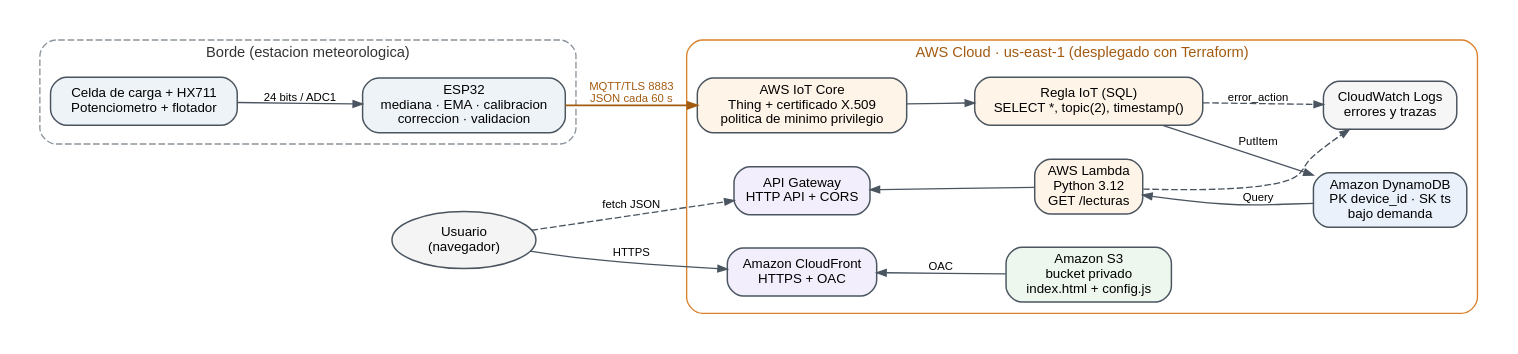
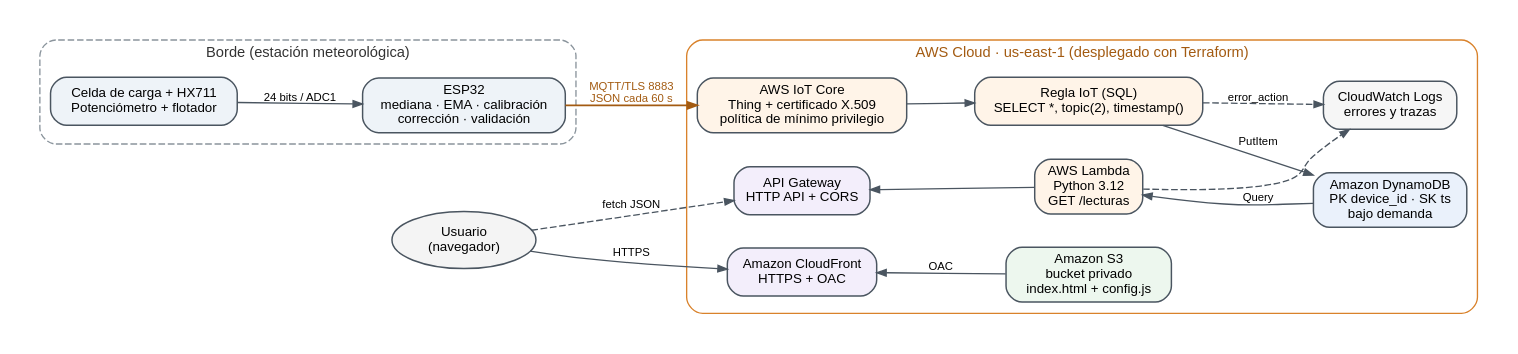
The diagram in docs/arquitectura.dot (jseb-cruz/pluviometro-iot), drawn with Graphviz before and after one commit. The commit also changed 5 other files, not shown here.

```diff
--- a/docs/arquitectura.dot
+++ b/docs/arquitectura.dot
@@ -1,41 +1,41 @@
 // Diagrama de arquitectura: dot -Tpng -Gdpi=200 arquitectura.dot -o arquitectura.png
 digraph arquitectura {
   rankdir=LR;
   graph [fontname="Helvetica", fontsize=11, nodesep=0.35, ranksep=0.45, pad=0.2, compound=true];
   node  [fontname="Helvetica", fontsize=10, shape=box, style="rounded,filled", fillcolor="#ffffff", color="#4a5560", penwidth=1.1];
   edge  [fontname="Helvetica", fontsize=8.5, color="#4a5560", arrowsize=0.7];
 
   subgraph cluster_borde {
-    label="Borde (estacion meteorologica)"; style="rounded,dashed"; color="#8a949c"; fontcolor="#333333";
-    sensores [label="Celda de carga + HX711\nPotenciometro + flotador", fillcolor="#eef3f8"];
-    esp32    [label="ESP32\nmediana · EMA · calibracion\ncorreccion · validacion", fillcolor="#eef3f8"];
+    label="Borde (estación meteorológica)"; style="rounded,dashed"; color="#8a949c"; fontcolor="#333333";
+    sensores [label="Celda de carga + HX711\nPotenciómetro + flotador", fillcolor="#eef3f8"];
+    esp32    [label="ESP32\nmediana · EMA · calibración\ncorrección · validación", fillcolor="#eef3f8"];
     sensores -> esp32 [label="24 bits / ADC1"];
   }
 
   subgraph cluster_aws {
     label="AWS Cloud · us-east-1 (desplegado con Terraform)"; style="rounded"; color="#d9822b"; fontcolor="#a35b12";
-    iot    [label="AWS IoT Core\nThing + certificado X.509\npolitica de minimo privilegio", fillcolor="#fff4e8"];
+    iot    [label="AWS IoT Core\nThing + certificado X.509\npolítica de mínimo privilegio", fillcolor="#fff4e8"];
     regla  [label="Regla IoT (SQL)\nSELECT *, topic(2), timestamp()", fillcolor="#fff4e8"];
     ddb    [label="Amazon DynamoDB\nPK device_id · SK ts\nbajo demanda", fillcolor="#eaf1fb"];
     lambda [label="AWS Lambda\nPython 3.12\nGET /lecturas", fillcolor="#fff4e8"];
     apigw  [label="API Gateway\nHTTP API + CORS", fillcolor="#f3eefb"];
     s3     [label="Amazon S3\nbucket privado\nindex.html + config.js", fillcolor="#edf7ee"];
     cf     [label="Amazon CloudFront\nHTTPS + OAC", fillcolor="#f3eefb"];
     cw     [label="CloudWatch Logs\nerrores y trazas", fillcolor="#f6f6f6"];
 
     iot -> regla;
     regla -> ddb [label="PutItem"];
     regla -> cw  [style=dashed, label="error_action"];
     lambda -> ddb [label="Query", dir=back];
     apigw -> lambda [dir=back];
     cf -> s3 [label="OAC", dir=back];
     lambda -> cw [style=dashed];
     {rank=same; regla; lambda;}
   }
 
   usuario [label="Usuario\n(navegador)", shape=ellipse, fillcolor="#f4f4f4"];
 
   esp32 -> iot [label="MQTT/TLS 8883\nJSON cada 60 s", color="#a35b12", fontcolor="#a35b12", penwidth=1.4];
   usuario -> cf [label="HTTPS"];
   usuario -> apigw [label="fetch JSON", style=dashed];
 }
```
